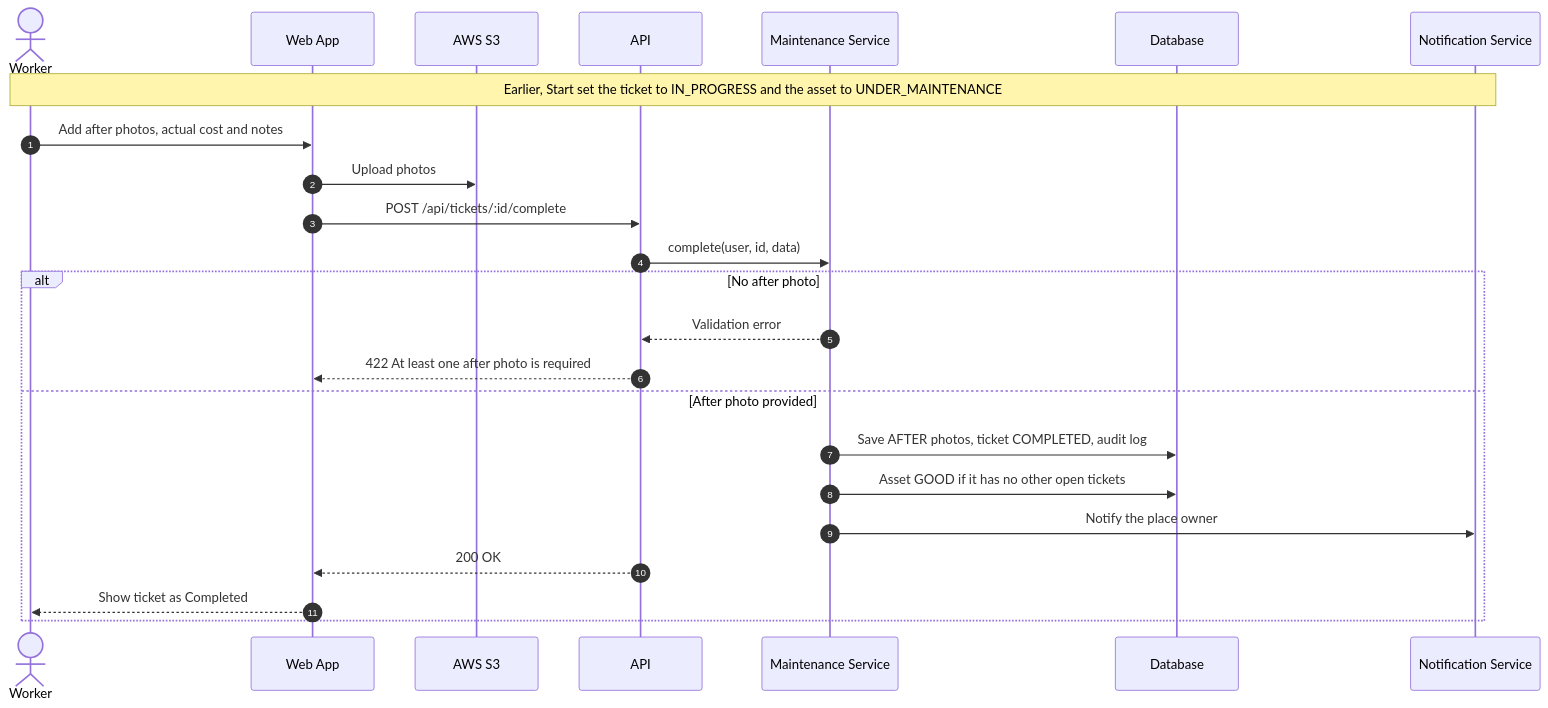
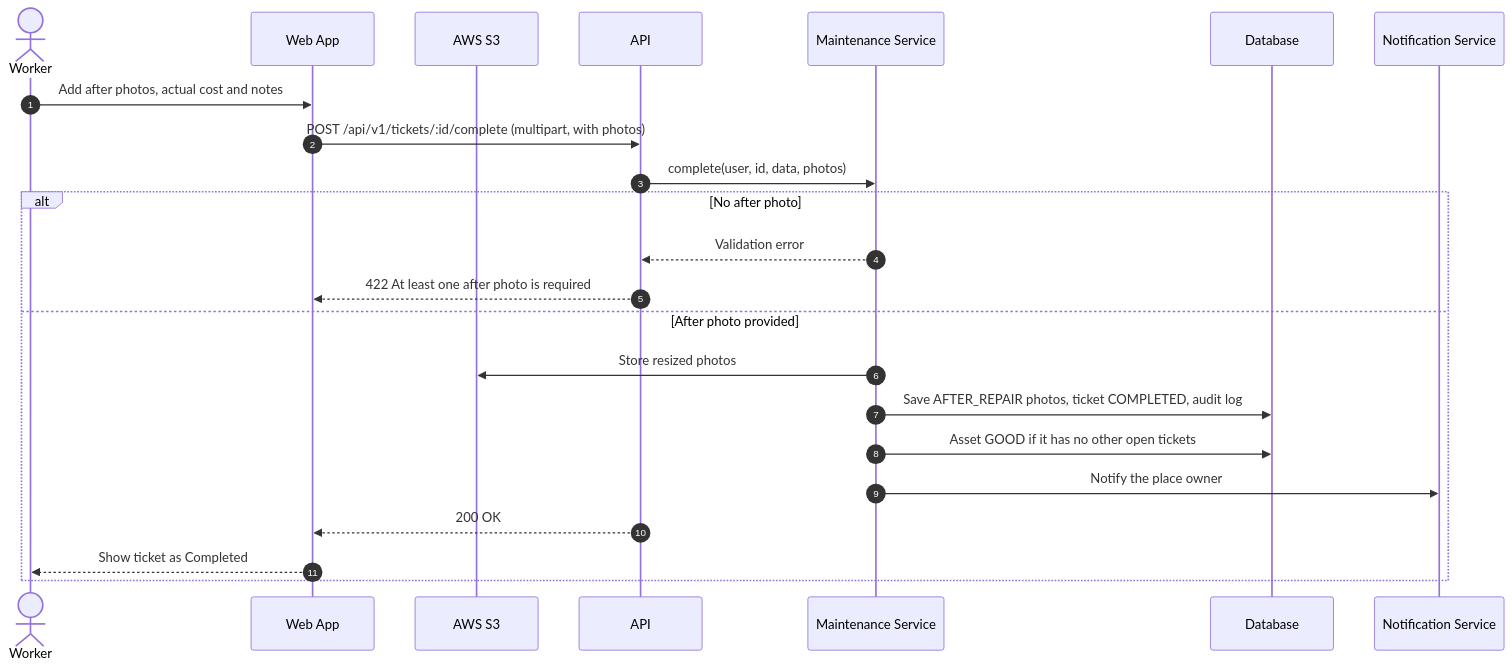
One commit to Abdulrahman-Wadani/Amlak changed the eighth of 8 diagrams in Stage-3/README.md. Above: the diagram before and after it, drawn with Mermaid. The commit also changed other lines of this file, not shown here.

First line of the commit message:
Refine README with updated roles and user stories

````diff
--- a/Stage-3/README.md
+++ b/Stage-3/README.md
@@ -1041,28 +1034,27 @@
 ```mermaid
 sequenceDiagram
     autonumber
     actor W as Worker
     participant App as Web App
     participant S3 as AWS S3
     participant API as API
     participant MS as Maintenance Service
     participant DB as Database
     participant NS as Notification Service
 
-    Note over W,NS: Earlier, Start set the ticket to IN_PROGRESS and the asset to UNDER_MAINTENANCE
     W->>App: Add after photos, actual cost and notes
-    App->>S3: Upload photos
-    App->>API: POST /api/tickets/:id/complete
-    API->>MS: complete(user, id, data)
+    App->>API: POST /api/v1/tickets/:id/complete (multipart, with photos)
+    API->>MS: complete(user, id, data, photos)
 
     alt No after photo
         MS-->>API: Validation error
         API-->>App: 422 At least one after photo is required
     else After photo provided
-        MS->>DB: Save AFTER photos, ticket COMPLETED, audit log
+        MS->>S3: Store resized photos
+        MS->>DB: Save AFTER_REPAIR photos, ticket COMPLETED, audit log
         MS->>DB: Asset GOOD if it has no other open tickets
         MS->>NS: Notify the place owner
         API-->>App: 200 OK
         App-->>W: Show ticket as Completed
     end
 ```
````
